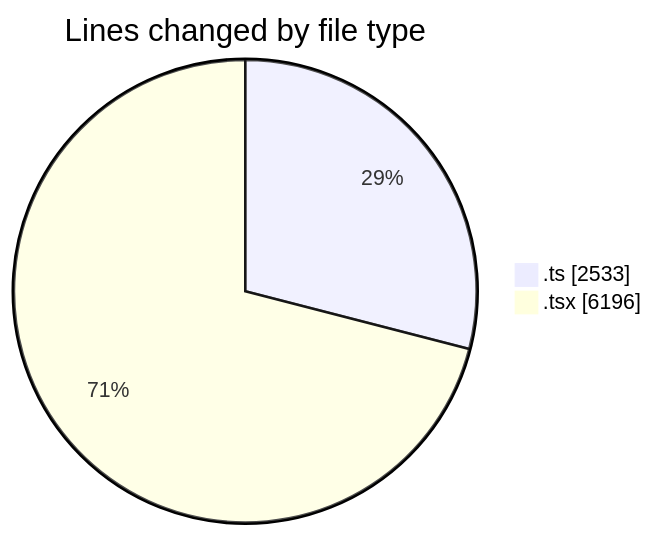
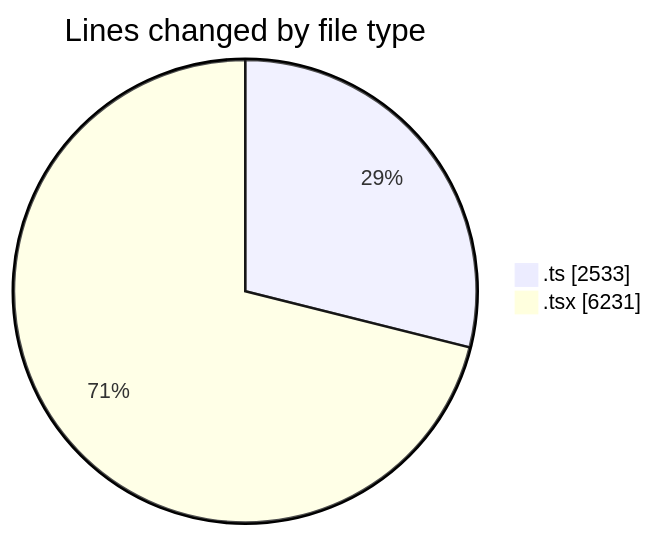
The first of 2 diagrams in 2025-07-01/cda/README.md (momahboobian/code-tracking), drawn with Mermaid before and after one commit. The commit also changed other lines of this file and 1 other file, not shown here.

````diff
--- a/2025-07-01/cda/README.md
+++ b/2025-07-01/cda/README.md
@@ -44,6 +44,6 @@
 ```mermaid
 pie showData
 title Lines changed by file type
 ".ts" : 2533
-".tsx" : 6196
+".tsx" : 6231
 ```
````
